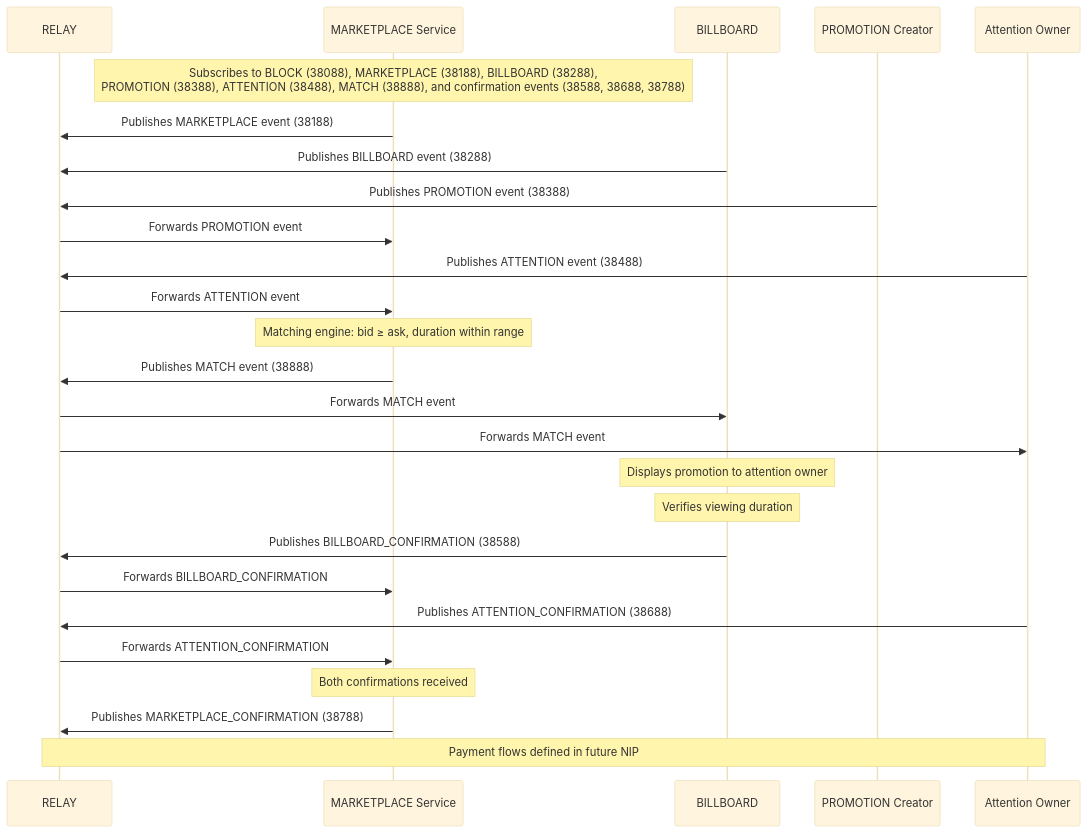
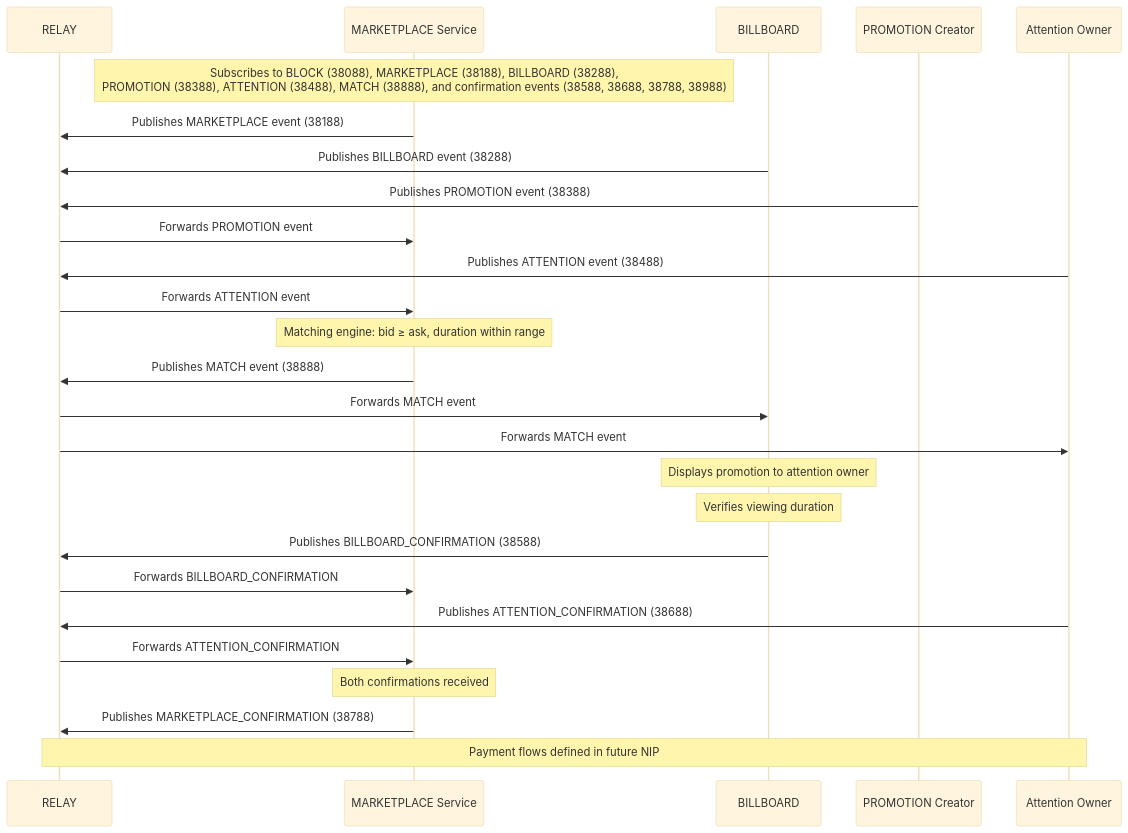
The diagram in packages/protocol/docs/README.md (joinnextblock/attn-protocol), drawn with Mermaid (base theme) before and after one commit. The commit also changed other lines of this file and 17 other files, not shown here.

First line of the commit message:
feat: add ATTENTION_PAYMENT_CONFIRMATION event (kind 38988)

````diff
--- a/packages/protocol/docs/README.md
+++ b/packages/protocol/docs/README.md
@@ -109,29 +109,29 @@
 ```mermaid
 sequenceDiagram
     participant RELAY
     participant MARKETPLACE Service
     participant BILLBOARD
     participant PROMOTION Creator
     participant Attention Owner
 
-    Note over MARKETPLACE Service: Subscribes to BLOCK (38088), MARKETPLACE (38188), BILLBOARD (38288),<br/>PROMOTION (38388), ATTENTION (38488), MATCH (38888), and confirmation events (38588, 38688, 38788)
+    Note over MARKETPLACE Service: Subscribes to BLOCK (38088), MARKETPLACE (38188), BILLBOARD (38288),<br/>PROMOTION (38388), ATTENTION (38488), MATCH (38888), and confirmation events (38588, 38688, 38788, 38988)
     MARKETPLACE Service->>RELAY: Publishes MARKETPLACE event (38188)
     BILLBOARD->>RELAY: Publishes BILLBOARD event (38288)
     PROMOTION Creator->>RELAY: Publishes PROMOTION event (38388)
     RELAY->>MARKETPLACE Service: Forwards PROMOTION event
     Attention Owner->>RELAY: Publishes ATTENTION event (38488)
     RELAY->>MARKETPLACE Service: Forwards ATTENTION event
     Note over MARKETPLACE Service: Matching engine: bid ≥ ask, duration within range
     MARKETPLACE Service->>RELAY: Publishes MATCH event (38888)
     RELAY->>BILLBOARD: Forwards MATCH event
     RELAY->>Attention Owner: Forwards MATCH event
     Note over BILLBOARD: Displays promotion to attention owner
     Note over BILLBOARD: Verifies viewing duration
     BILLBOARD->>RELAY: Publishes BILLBOARD_CONFIRMATION (38588)
     RELAY->>MARKETPLACE Service: Forwards BILLBOARD_CONFIRMATION
     Attention Owner->>RELAY: Publishes ATTENTION_CONFIRMATION (38688)
     RELAY->>MARKETPLACE Service: Forwards ATTENTION_CONFIRMATION
     Note over MARKETPLACE Service: Both confirmations received
     MARKETPLACE Service->>RELAY: Publishes MARKETPLACE_CONFIRMATION (38788)
     Note over RELAY,Attention Owner: Payment flows defined in future NIP
 ```
````
